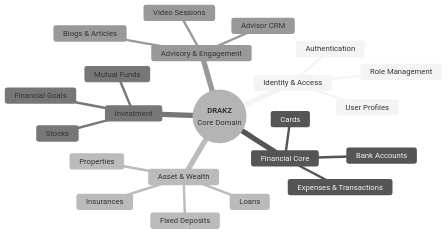
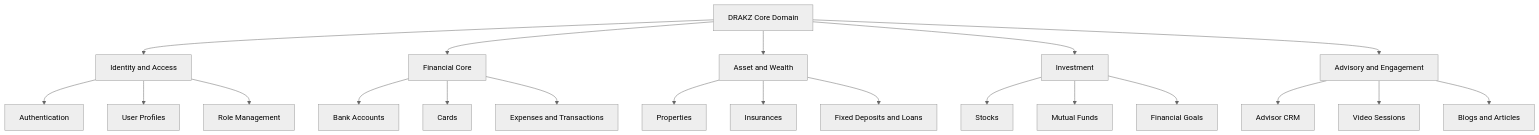
The first of 2 diagrams in reports/DDD_Architecture_Report.md (Krishna-ctrl1/DRAKZ-1), drawn with Mermaid (neutral theme) before and after one commit. The commit also changed other lines of this file and 1 other file, not shown here.

````diff
--- a/reports/DDD_Architecture_Report.md
+++ b/reports/DDD_Architecture_Report.md
@@ -28,25 +34,29 @@
 ```mermaid
-mindmap
-  root((**DRAKZ**<br/>Core Domain))
-    Identity & Access
-      Authentication
-      User Profiles
-      Role Management
-    Financial Core
-      Bank Accounts
-      Cards
-      Expenses & Transactions
-    Asset & Wealth
-      Properties
-      Insurances
-      Fixed Deposits
-      Loans
-    Investment
-      Stocks
-      Mutual Funds
-      Financial Goals
-    Advisory & Engagement
-      Advisor CRM
-      Video Sessions
-      Blogs & Articles
+graph TD
+    Root[DRAKZ Core Domain]
+    Root --> IAM[Identity and Access]
+    Root --> FIN[Financial Core]
+    Root --> AST[Asset and Wealth]
+    Root --> INV[Investment]
+    Root --> ADV[Advisory and Engagement]
+    
+    IAM --> IAM1[Authentication]
+    IAM --> IAM2[User Profiles]
+    IAM --> IAM3[Role Management]
+
+    FIN --> FIN1[Bank Accounts]
+    FIN --> FIN2[Cards]
+    FIN --> FIN3[Expenses and Transactions]
+
+    AST --> AST1[Properties]
+    AST --> AST2[Insurances]
+    AST --> AST3[Fixed Deposits and Loans]
+
+    INV --> INV1[Stocks]
+    INV --> INV2[Mutual Funds]
+    INV --> INV3[Financial Goals]
+
+    ADV --> ADV1[Advisor CRM]
+    ADV --> ADV2[Video Sessions]
+    ADV --> ADV3[Blogs and Articles]
 ```
````
